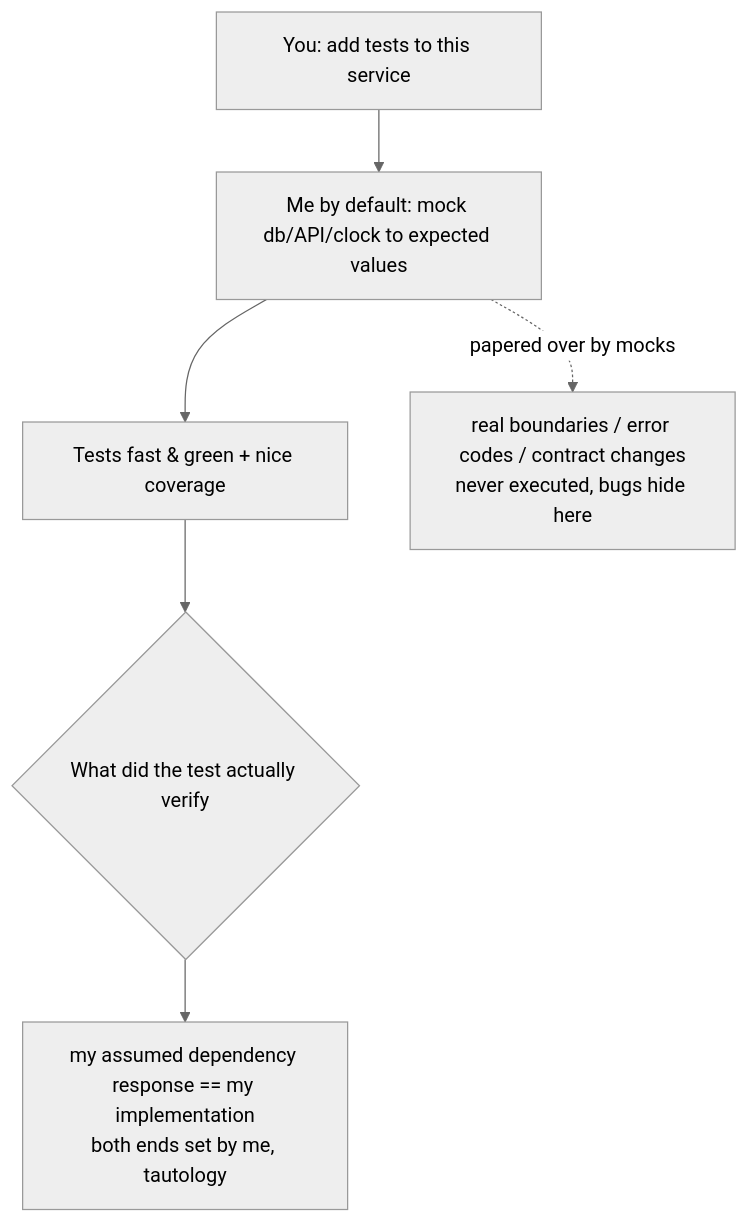
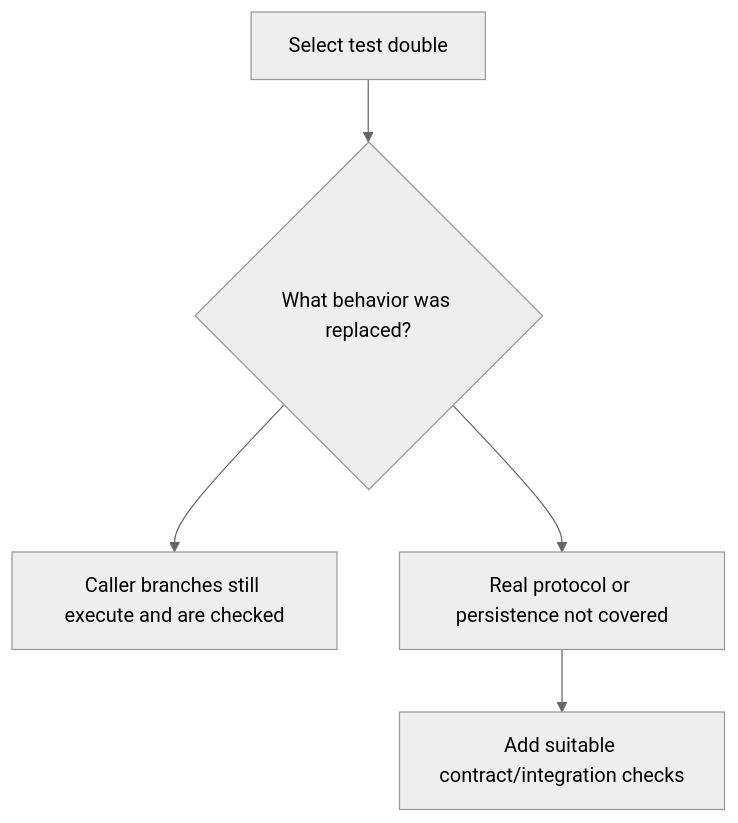
One commit to XuebinMa/AIWiki changed the diagram in i18n/en/docusaurus-plugin-content-docs/current/06-testing/over-mocking.mdx. Above: the diagram before and after it, drawn with Mermaid (neutral theme). The commit also changed other lines of this file and 325 other files, not shown here.

````diff
--- a/i18n/en/docusaurus-plugin-content-docs/current/06-testing/over-mocking.mdx
+++ b/i18n/en/docusaurus-plugin-content-docs/current/06-testing/over-mocking.mdx
@@ -39,9 +39,7 @@
 ```mermaid
 flowchart TD
-    A[You: add tests to this service] --> B[Me by default: mock db/API/clock to expected values]
-    B --> C[Tests fast & green + nice coverage]
-    C --> D{What did the test actually verify}
-    D --> E["my assumed dependency response == my implementation<br/>both ends set by me, tautology"]
-    F["real boundaries / error codes / contract changes<br/>never executed, bugs hide here"]
-    B -.papered over by mocks.-> F
+    A[Select test double] --> B{What behavior was replaced?}
+    B --> C[Caller branches still execute and are checked]
+    B --> D[Real protocol or persistence not covered]
+    D --> E[Add suitable contract/integration checks]
 ```
````
